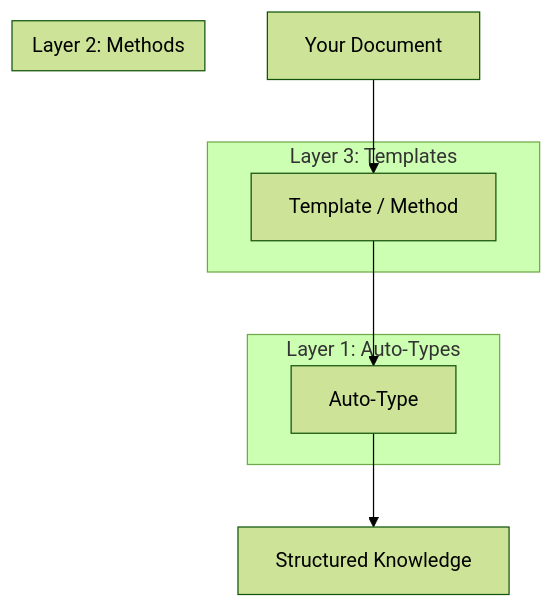
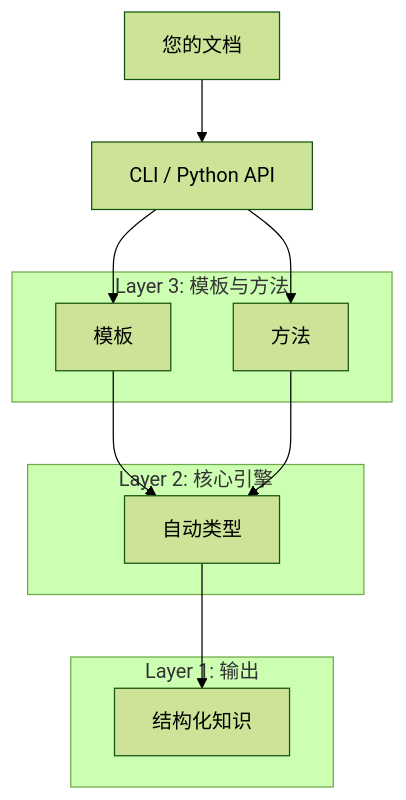
The diagram in docs/zh/index.md (taweili/Hyper-Extract), drawn with Mermaid (forest theme) before and after one commit. The commit also changed other lines of this file and 101 other files, not shown here.

````diff
--- a/docs/zh/index.md
+++ b/docs/zh/index.md
@@ -154,18 +150,22 @@
 ```mermaid
 graph TD
-    A[Your Document] --> B[Template / Method]
-    B --> C[Auto-Type]
-    C --> D[Structured Knowledge]
-    
-    subgraph "Layer 3: Templates"
-    B
+    A[您的文档] --> B[CLI / Python API]
+    B --> C[模板]
+    B --> D[方法]
+    C --> E[自动类型]
+    D --> E
+    E --> F[结构化知识]
+
+    subgraph "Layer 3: 模板与方法"
+        C
+        D
     end
-    
-    subgraph "Layer 2: Methods"
-    B
+
+    subgraph "Layer 2: 核心引擎"
+        E
     end
-    
-    subgraph "Layer 1: Auto-Types"
-    C
+
+    subgraph "Layer 1: 输出"
+        F
     end
 ```
````
